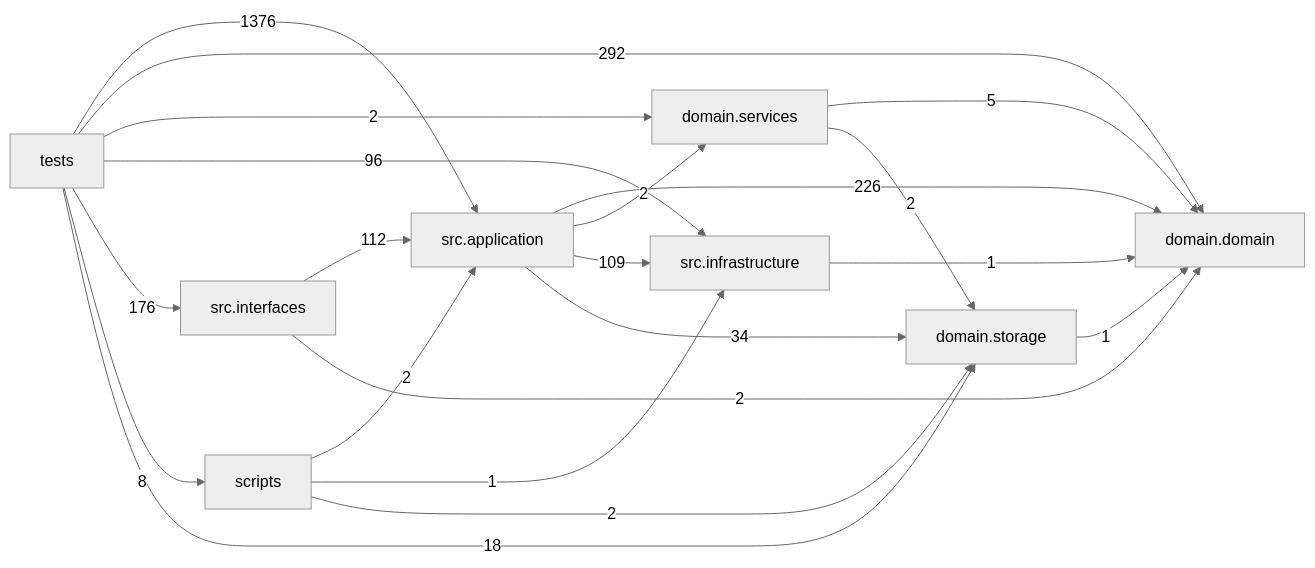
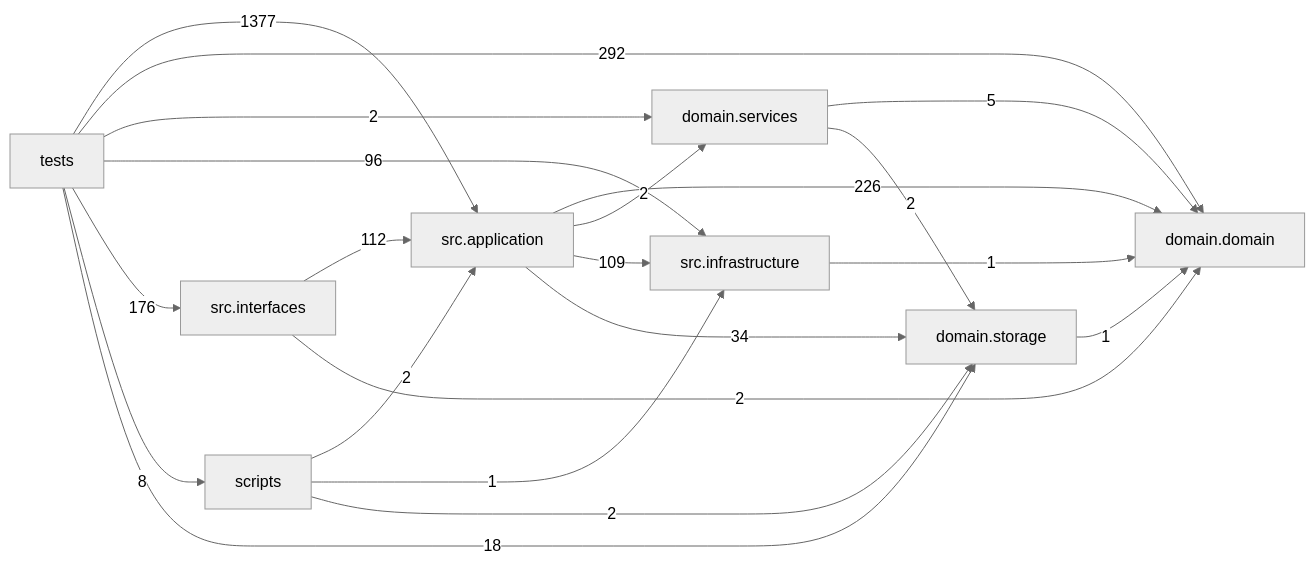
The diagram in docs/DEPENDENCY_GRAPH.md (liuxie066/options-monitor), drawn with Mermaid (neutral theme) before and after one commit. The commit also changed other lines of this file and 7 other files, not shown here.

````diff
--- a/docs/DEPENDENCY_GRAPH.md
+++ b/docs/DEPENDENCY_GRAPH.md
@@ -24,31 +24,31 @@
 ```mermaid
 flowchart LR
   tests["tests"]
   scripts["scripts"]
   interfaces["src.interfaces"]
   application["src.application"]
   infrastructure["src.infrastructure"]
   domain_services["domain.services"]
   domain["domain.domain"]
   storage["domain.storage"]
   application -->|226| domain
   application -->|2| domain_services
   application -->|109| infrastructure
   application -->|34| storage
   domain_services -->|5| domain
   domain_services -->|2| storage
   infrastructure -->|1| domain
   interfaces -->|112| application
   interfaces -->|2| domain
   scripts -->|2| application
   scripts -->|1| infrastructure
   scripts -->|2| storage
   storage -->|1| domain
-  tests -->|1376| application
+  tests -->|1377| application
   tests -->|292| domain
   tests -->|2| domain_services
   tests -->|96| infrastructure
   tests -->|176| interfaces
   tests -->|8| scripts
   tests -->|18| storage
 ```
````
